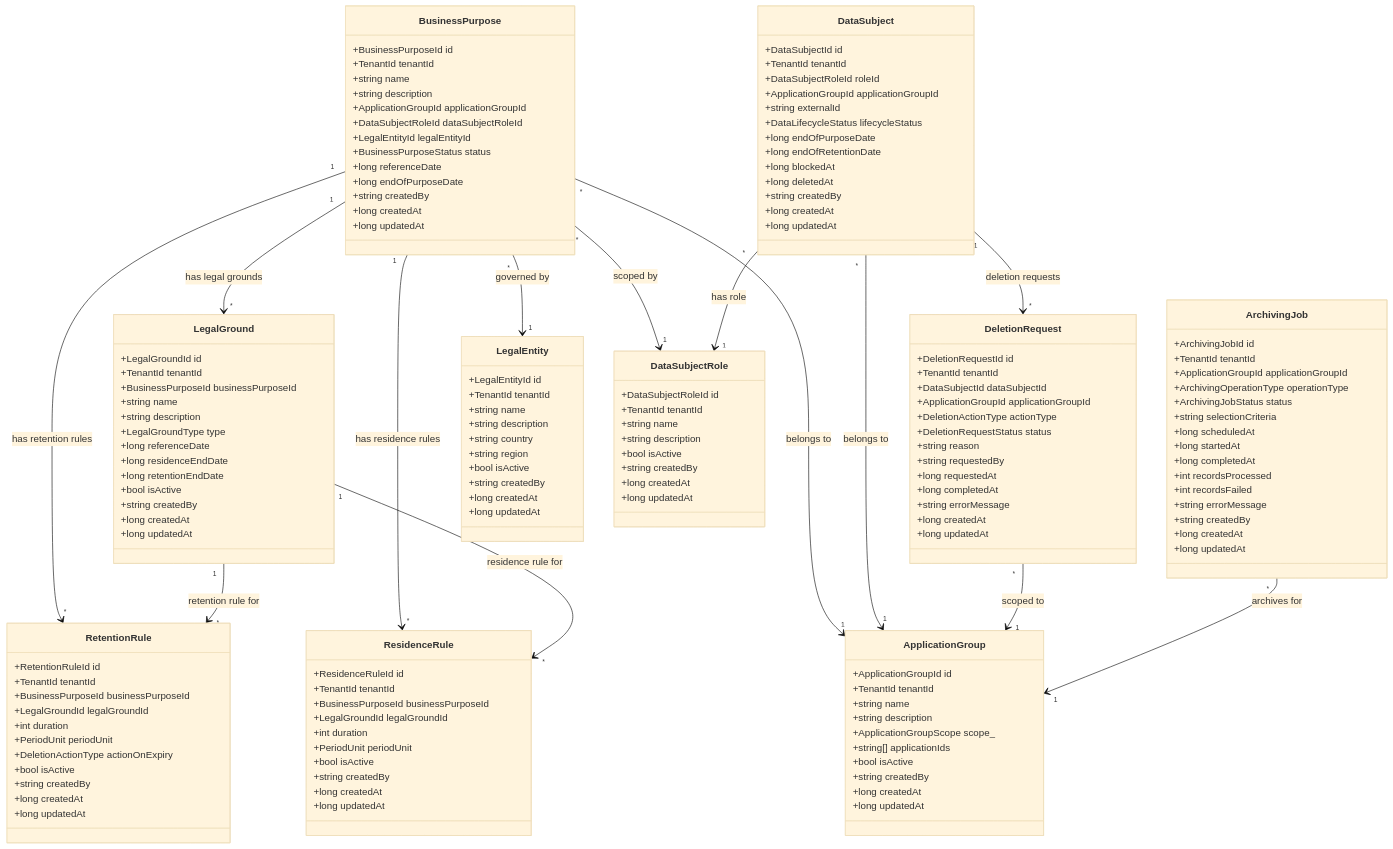
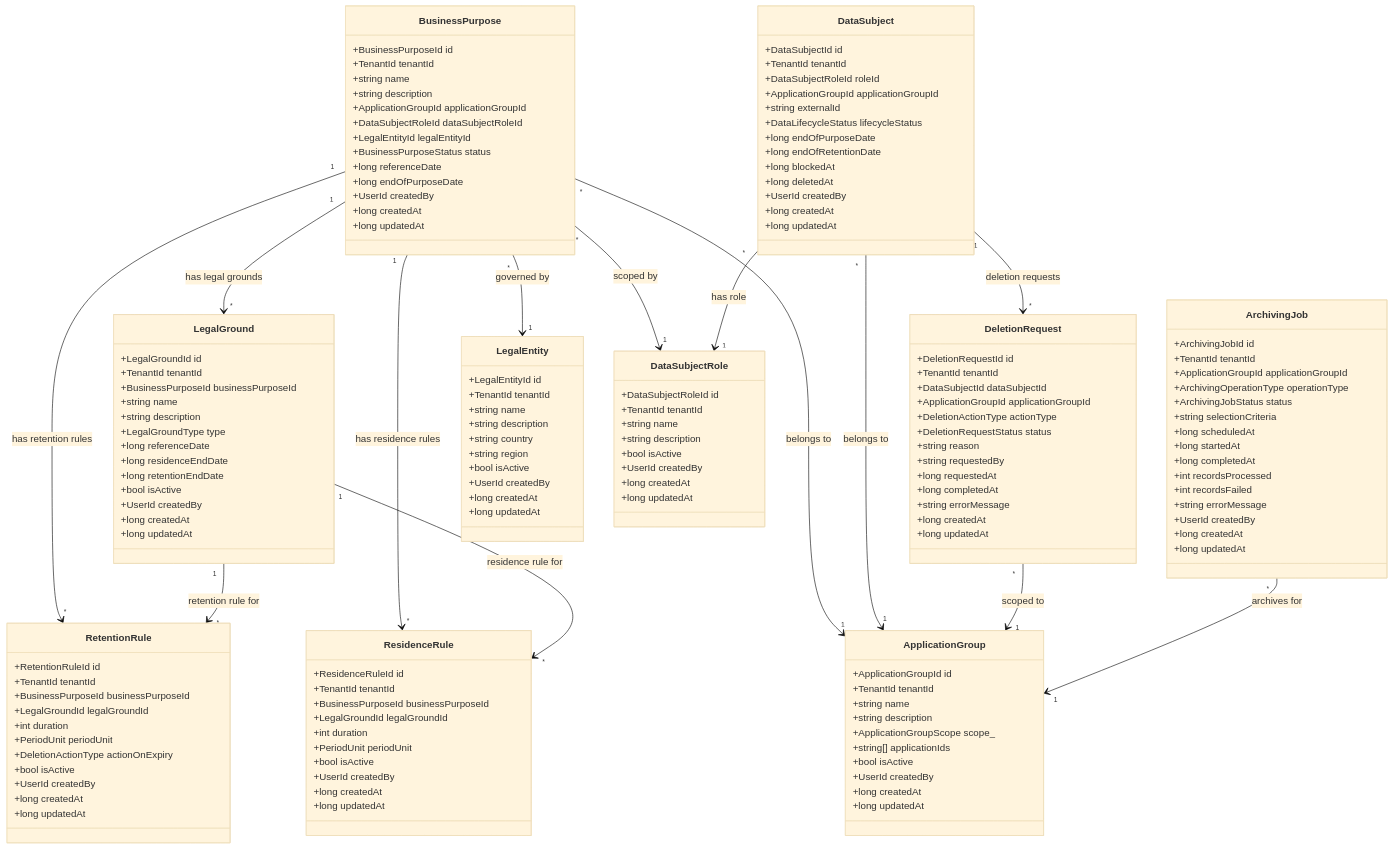
One commit to UIMSolutions/uim-platform changed the first of 12 diagrams in data-retention/UML.md. Above: the diagram before and after it, drawn with Mermaid (base theme). The commit also changed 323 other files, not shown here.

```diff
--- a/data-retention/UML.md
+++ b/data-retention/UML.md
@@ -15,7 +15,7 @@
         +BusinessPurposeStatus status
         +long referenceDate
         +long endOfPurposeDate
-        +string createdBy
+        +UserId createdBy
         +long createdAt
         +long updatedAt
     }
@@ -31,7 +31,7 @@
         +long residenceEndDate
         +long retentionEndDate
         +bool isActive
-        +string createdBy
+        +UserId createdBy
         +long createdAt
         +long updatedAt
     }
@@ -45,7 +45,7 @@
         +PeriodUnit periodUnit
         +DeletionActionType actionOnExpiry
         +bool isActive
-        +string createdBy
+        +UserId createdBy
         +long createdAt
         +long updatedAt
     }
@@ -58,7 +58,7 @@
         +int duration
         +PeriodUnit periodUnit
         +bool isActive
-        +string createdBy
+        +UserId createdBy
         +long createdAt
         +long updatedAt
     }
@@ -74,7 +74,7 @@
         +long endOfRetentionDate
         +long blockedAt
         +long deletedAt
-        +string createdBy
+        +UserId createdBy
         +long createdAt
         +long updatedAt
     }
@@ -108,7 +108,7 @@
         +int recordsProcessed
         +int recordsFailed
         +string errorMessage
-        +string createdBy
+        +UserId createdBy
         +long createdAt
         +long updatedAt
     }
@@ -121,7 +121,7 @@
         +ApplicationGroupScope scope_
         +string[] applicationIds
         +bool isActive
-        +string createdBy
+        +UserId createdBy
         +long createdAt
         +long updatedAt
     }
@@ -134,7 +134,7 @@
         +string country
         +string region
         +bool isActive
-        +string createdBy
+        +UserId createdBy
         +long createdAt
         +long updatedAt
     }
@@ -145,7 +145,7 @@
         +string name
         +string description
         +bool isActive
-        +string createdBy
+        +UserId createdBy
         +long createdAt
         +long updatedAt
     }
```
